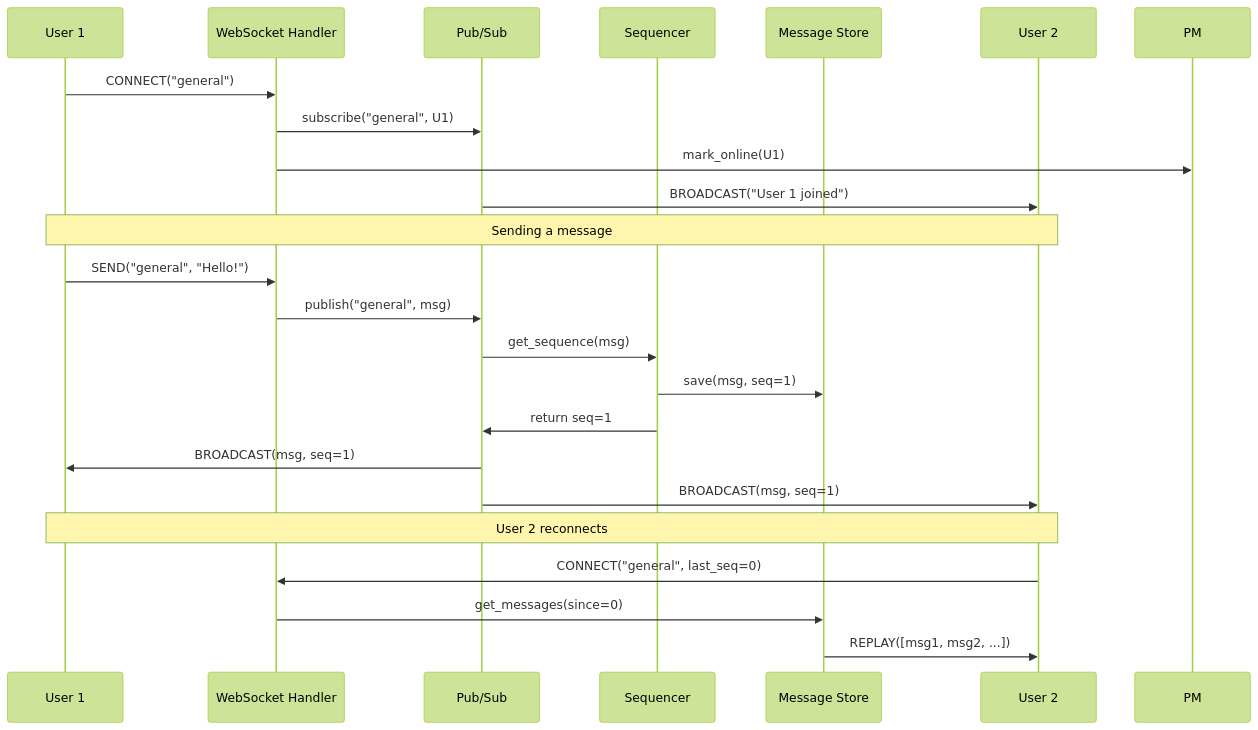
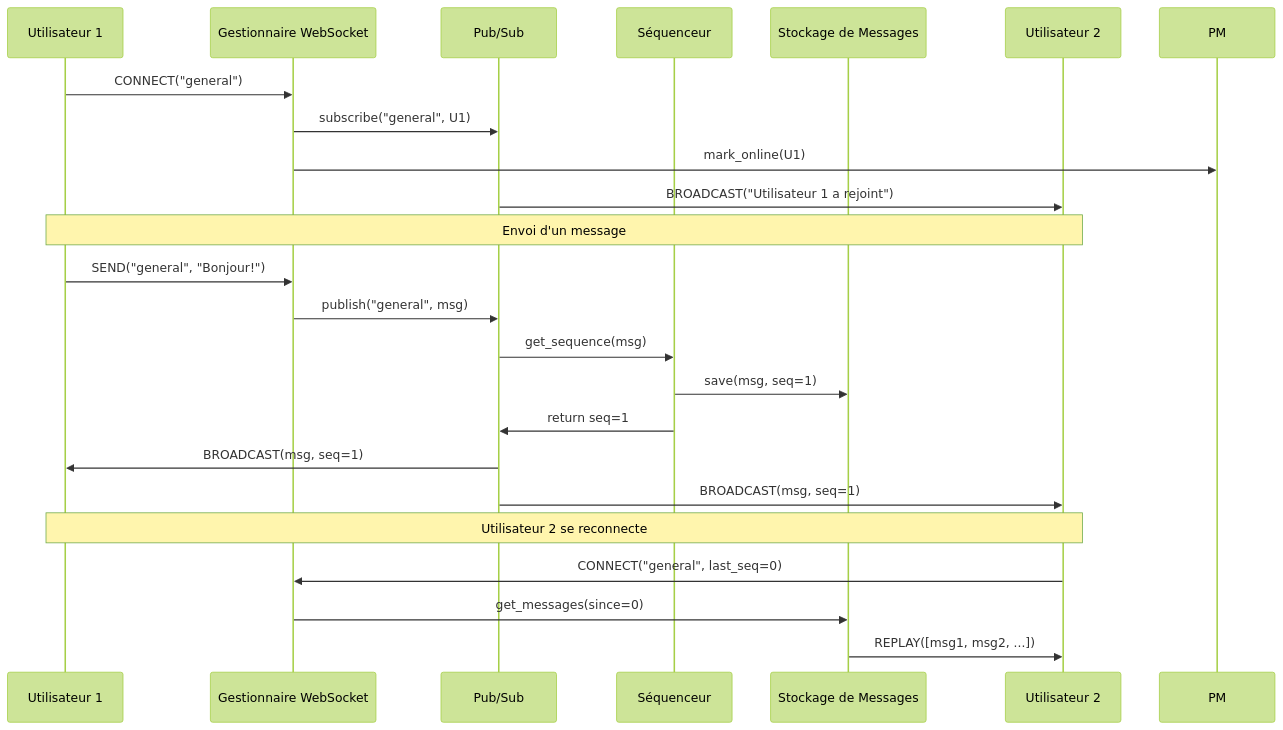
Before and after one commit to dardourimohamed/distributed-systems-course: the second of 2 diagrams in src/real-time/10-chat-system.md, drawn with Mermaid (forest theme). The commit also changed other lines of this file and 38 other files, not shown here.

````diff
--- a/src/real-time/10-chat-system.md
+++ b/src/real-time/10-chat-system.md
@@ -70,28 +70,28 @@
 ```mermaid
 sequenceDiagram
-    participant U1 as User 1
-    participant WS as WebSocket Handler
+    participant U1 as Utilisateur 1
+    participant WS as Gestionnaire WebSocket
     participant PS as Pub/Sub
-    participant SM as Sequencer
-    participant DB as Message Store
-    participant U2 as User 2
+    participant SM as Séquenceur
+    participant DB as Stockage de Messages
+    participant U2 as Utilisateur 2
 
     U1->>WS: CONNECT("general")
     WS->>PS: subscribe("general", U1)
     WS->>PM: mark_online(U1)
-    PS->>U2: BROADCAST("User 1 joined")
+    PS->>U2: BROADCAST("Utilisateur 1 a rejoint")
 
-    Note over U1,U2: Sending a message
-    U1->>WS: SEND("general", "Hello!")
+    Note over U1,U2: Envoi d'un message
+    U1->>WS: SEND("general", "Bonjour!")
     WS->>PS: publish("general", msg)
     PS->>SM: get_sequence(msg)
     SM->>DB: save(msg, seq=1)
     SM->>PS: return seq=1
     PS->>U1: BROADCAST(msg, seq=1)
     PS->>U2: BROADCAST(msg, seq=1)
 
-    Note over U1,U2: User 2 reconnects
+    Note over U1,U2: Utilisateur 2 se reconnecte
     U2->>WS: CONNECT("general", last_seq=0)
     WS->>DB: get_messages(since=0)
     DB->>U2: REPLAY([msg1, msg2, ...])
 ```
````
